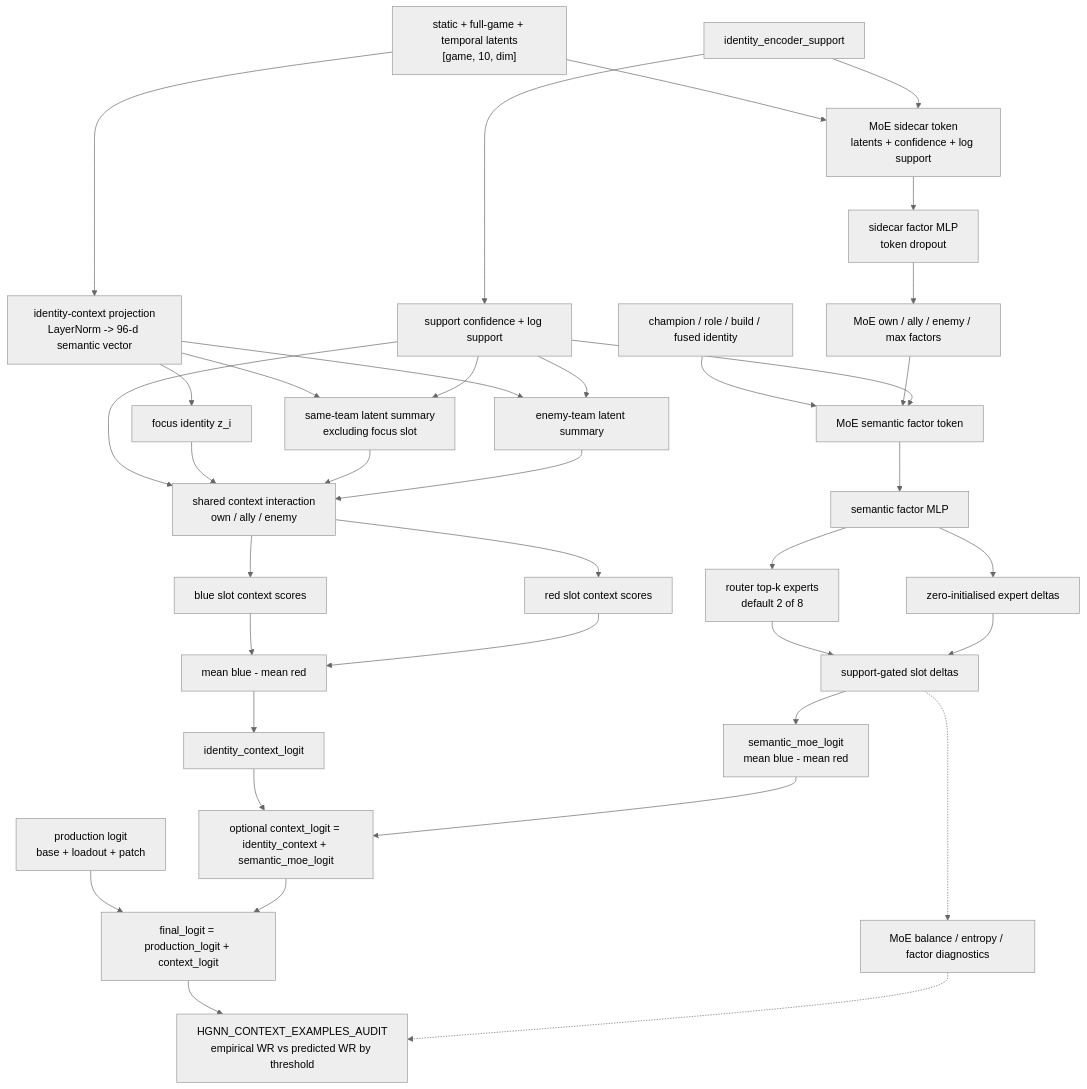
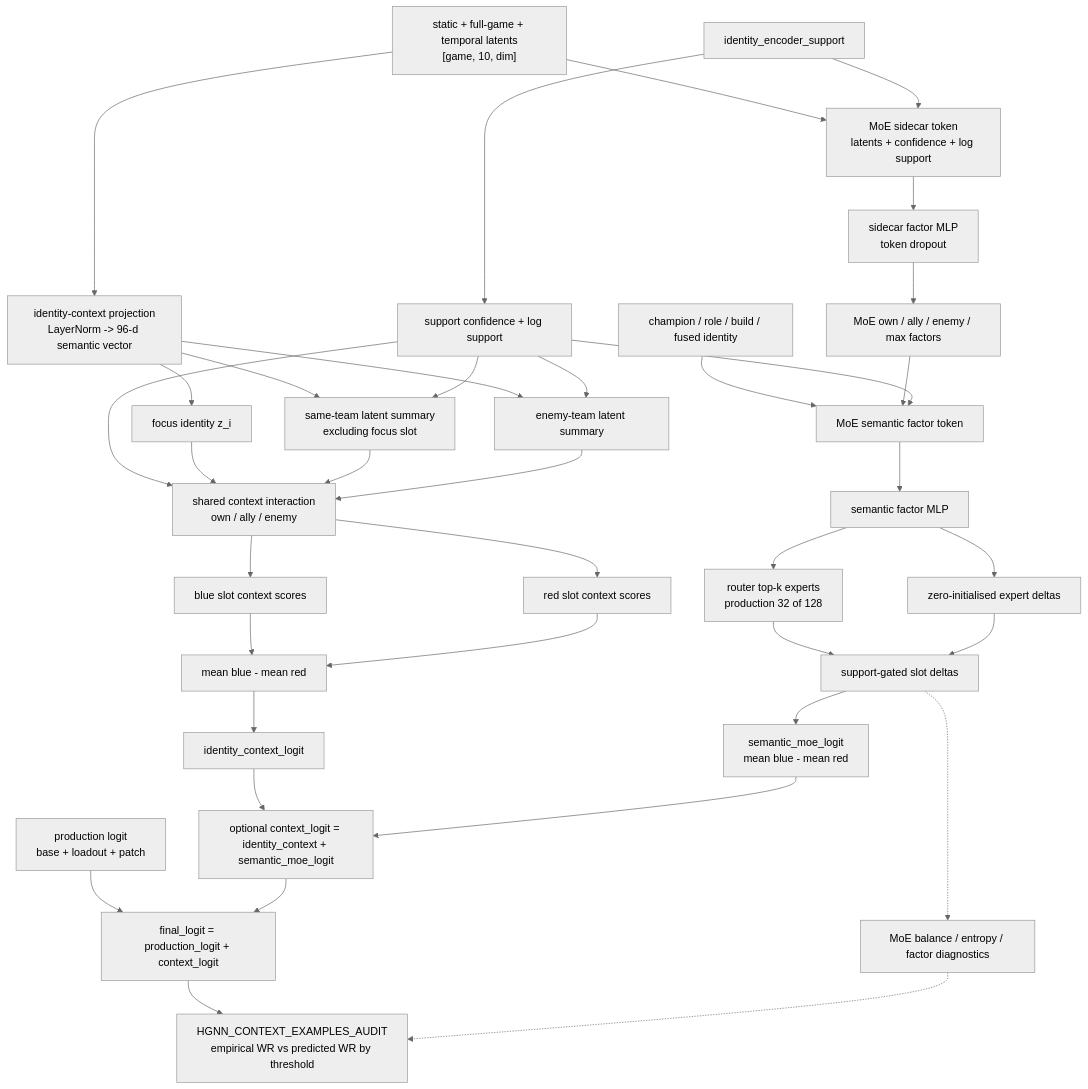
The second of 2 diagrams in app/ml/documentation/HGNN_CURRENT.md (JackLGZimmerman/riot-api-ecosystem), drawn with Mermaid (neutral theme) before and after one commit. The commit also changed other lines of this file and 19 other files, not shown here.

````diff
--- a/app/ml/documentation/HGNN_CURRENT.md
+++ b/app/ml/documentation/HGNN_CURRENT.md
@@ -287,46 +293,46 @@
 ```mermaid
 flowchart TD
     sidecars["static + full-game + temporal latents<br/>[game, 10, dim]"] --> proj["identity-context projection<br/>LayerNorm -> 96-d semantic vector"]
     support["identity_encoder_support"] --> gate["support confidence + log support"]
 
     proj --> own["focus identity z_i"]
     proj --> allies["same-team latent summary<br/>excluding focus slot"]
     proj --> enemies["enemy-team latent summary"]
 
     gate --> allies
     gate --> enemies
     gate --> score
 
     own --> score["shared context interaction<br/>own / ally / enemy"]
     allies --> score
     enemies --> score
 
     score --> blue["blue slot context scores"]
     score --> red["red slot context scores"]
     blue --> diff["mean blue - mean red"]
     red --> diff
     diff --> identity_context["identity_context_logit"]
 
     sidecars --> sidecar_token["MoE sidecar token<br/>latents + confidence + log support"]
     support --> sidecar_token
     sidecar_token --> sidecar_factor["sidecar factor MLP<br/>token dropout"]
     sidecar_factor --> moe_context["MoE own / ally / enemy / max factors"]
     identity["champion / role / build / fused identity"] --> moe_token["MoE semantic factor token"]
     moe_context --> moe_token
     gate --> moe_token
     moe_token --> factor["semantic factor MLP"]
-    factor --> router["router top-k experts<br/>default 2 of 8"]
+    factor --> router["router top-k experts<br/>production 32 of 128"]
     factor --> experts["zero-initialised expert deltas"]
     router --> moe_slots["support-gated slot deltas"]
     experts --> moe_slots
     moe_slots --> moe_logit["semantic_moe_logit<br/>mean blue - mean red"]
     moe_slots -.-> moe_diag["MoE balance / entropy / factor diagnostics"]
 
     production["production logit<br/>base + loadout + patch"] --> final["final_logit = production_logit + context_logit"]
     identity_context --> context["optional context_logit = identity_context + semantic_moe_logit"]
     moe_logit --> context
     context --> final
 
     final --> audit["HGNN_CONTEXT_EXAMPLES_AUDIT<br/>empirical WR vs predicted WR by threshold"]
     moe_diag -.-> audit
 ```
````
